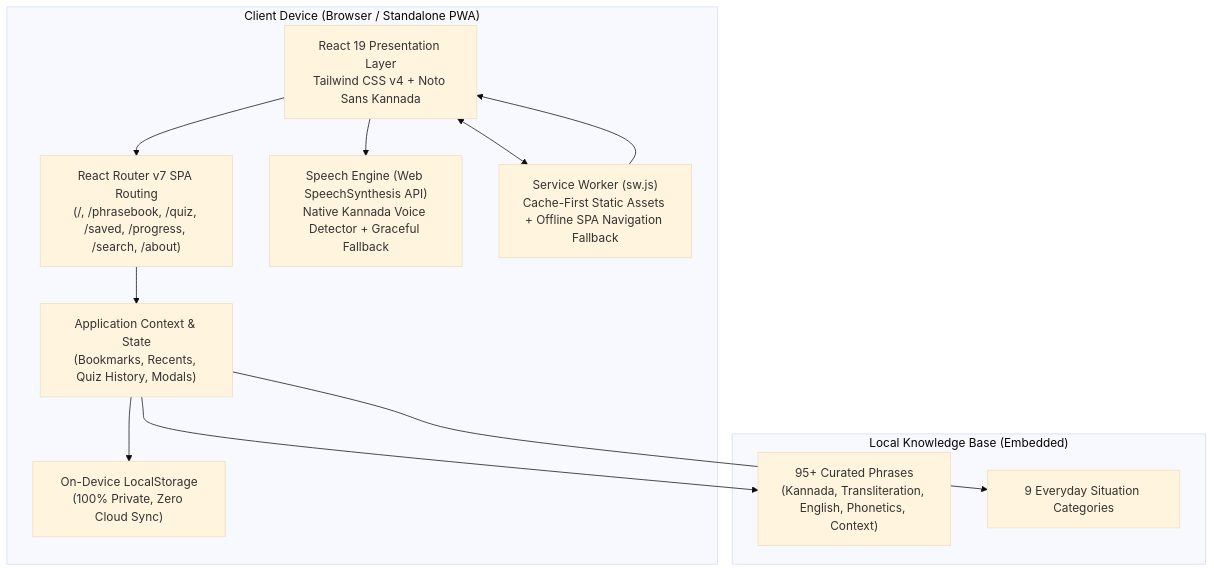
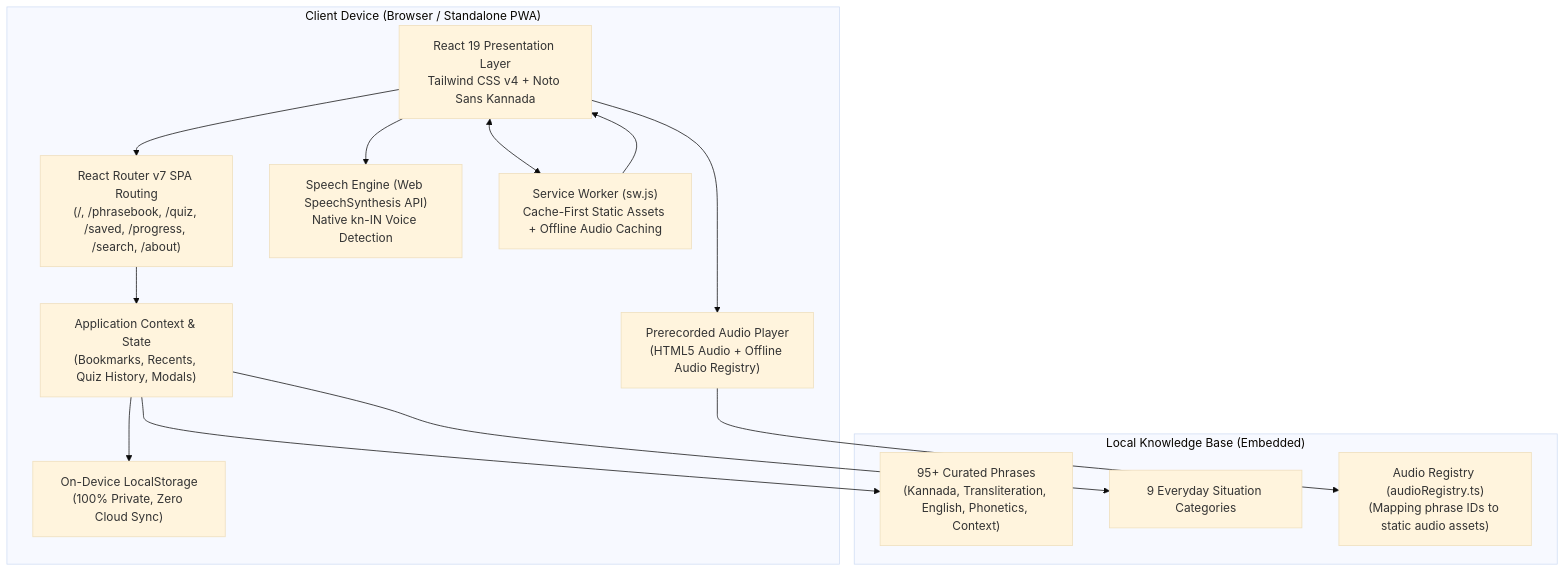
Before and after one commit to SahimSha/NammaNudi: the diagram in README.md, drawn with Mermaid (base theme). The commit also changed other lines of this file and 12 other files, not shown here.

Commit message:
feat: implement robust multi-tier Kannada speech and offline prerecorded audio fallback

````diff
--- a/README.md
+++ b/README.md
@@ -29,25 +29,29 @@
 ```mermaid
 flowchart TD
     subgraph Client ["Client Device (Browser / Standalone PWA)"]
         UI["React 19 Presentation Layer\nTailwind CSS v4 + Noto Sans Kannada"]
         Router["React Router v7 SPA Routing\n(/, /phrasebook, /quiz, /saved, /progress, /search, /about)"]
         State["Application Context & State\n(Bookmarks, Recents, Quiz History, Modals)"]
-        TTS["Speech Engine (Web SpeechSynthesis API)\nNative Kannada Voice Detector + Graceful Fallback"]
+        TTS["Speech Engine (Web SpeechSynthesis API)\nNative kn-IN Voice Detection"]
+        AudioFallback["Prerecorded Audio Player\n(HTML5 Audio + Offline Audio Registry)"]
         Storage["On-Device LocalStorage\n(100% Private, Zero Cloud Sync)"]
-        SW["Service Worker (sw.js)\nCache-First Static Assets + Offline SPA Navigation Fallback"]
+        SW["Service Worker (sw.js)\nCache-First Static Assets + Offline Audio Caching"]
     end
 
     subgraph Data ["Local Knowledge Base (Embedded)"]
         Phrases["95+ Curated Phrases\n(Kannada, Transliteration, English, Phonetics, Context)"]
         Categories["9 Everyday Situation Categories"]
+        AudioMap["Audio Registry (audioRegistry.ts)\n(Mapping phrase IDs to static audio assets)"]
     end
 
     UI --> Router
     Router --> State
     State --> Phrases
     State --> Categories
     State --> Storage
     UI --> TTS
+    UI --> AudioFallback
+    AudioFallback --> AudioMap
     UI <--> SW
     SW --> UI
 ```
````
